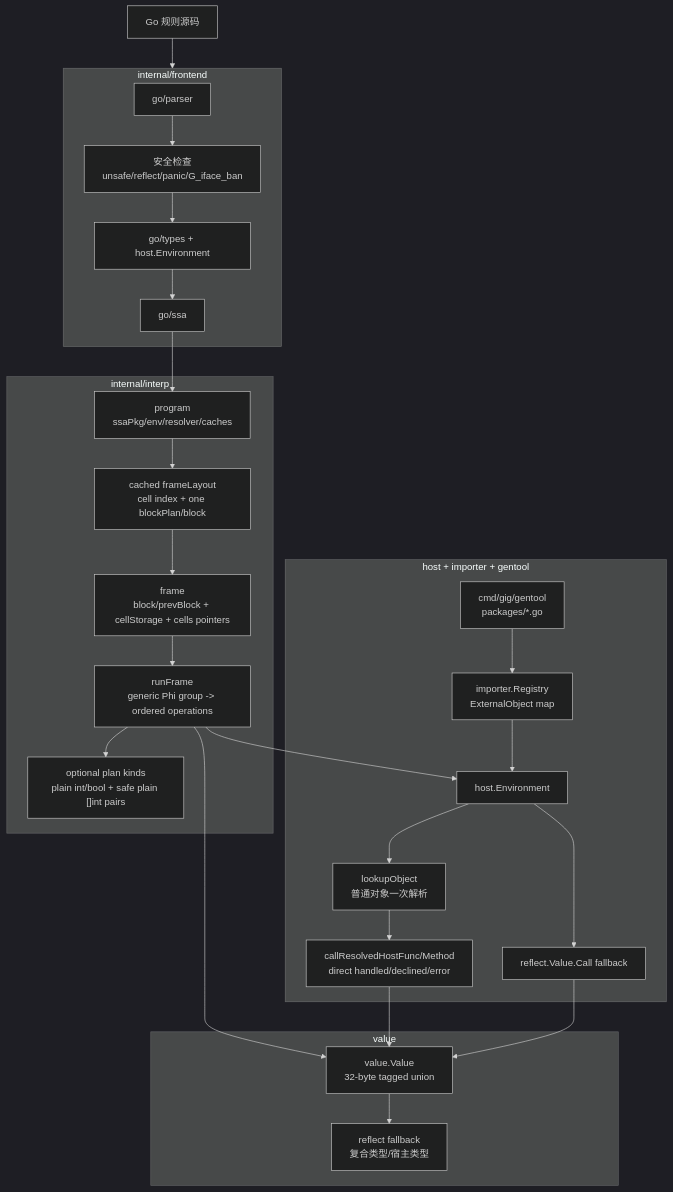
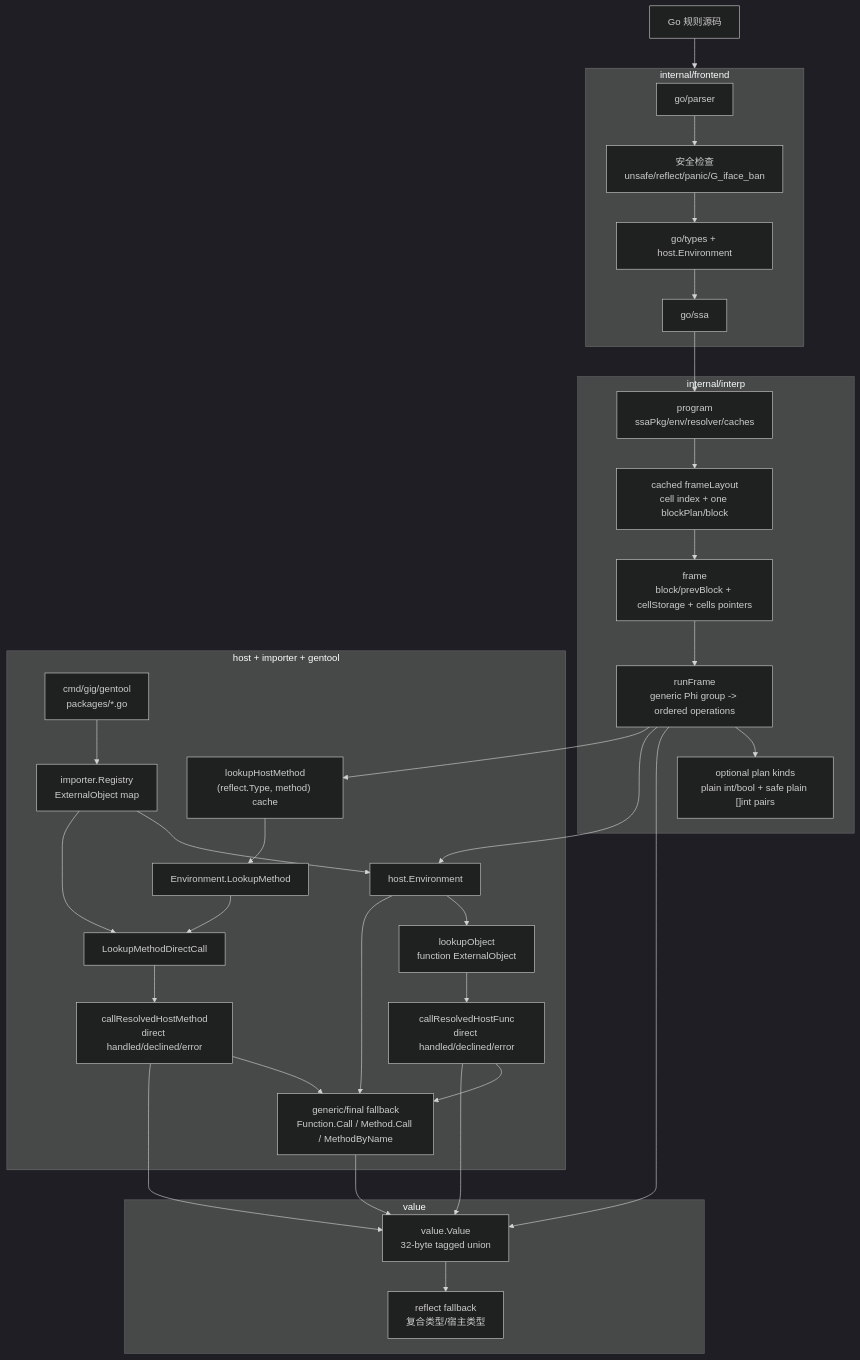
Before and after one commit to t04dJ14n9/GIG: the diagram in docs/ARCHITECTURE_CN.md, drawn with Mermaid (dark theme). The commit also changed other lines of this file and 2 other files, not shown here.

Commit message:
docs: correct host resolution flow

````diff
--- a/docs/ARCHITECTURE_CN.md
+++ b/docs/ARCHITECTURE_CN.md
@@ -26,46 +26,56 @@
 ```mermaid
 flowchart TB
     Source["Go 规则源码"] --> Frontend
 
     subgraph Frontend["internal/frontend"]
         Parse["go/parser"]
         Typecheck["go/types + host.Environment"]
         Safety["安全检查<br/>unsafe/reflect/panic/G_iface_ban"]
         SSA["go/ssa"]
         Parse --> Safety --> Typecheck --> SSA
     end
 
     subgraph Runtime["internal/interp"]
         Program["program<br/>ssaPkg/env/resolver/caches"]
         Layout["cached frameLayout<br/>cell index + one blockPlan/block"]
         Frame["frame<br/>block/prevBlock + cellStorage + cells pointers"]
         Loop["runFrame<br/>generic Phi group -> ordered operations"]
         Planned["optional plan kinds<br/>plain int/bool + safe plain []int pairs"]
         Program --> Layout --> Frame --> Loop
         Loop --> Planned
     end
 
     subgraph Values["value"]
         Tagged["value.Value<br/>32-byte tagged union"]
         Reflect["reflect fallback<br/>复合类型/宿主类型"]
         Tagged --> Reflect
     end
 
     subgraph Host["host + importer + gentool"]
         Registry["importer.Registry<br/>ExternalObject map"]
         Env["host.Environment"]
-        Lookup["lookupObject<br/>普通对象一次解析"]
+        Lookup["lookupObject<br/>function ExternalObject"]
         Gen["cmd/gig/gentool<br/>packages/*.go"]
-        Resolved["callResolvedHostFunc/Method<br/>direct handled/declined/error"]
-        Fallback["reflect.Value.Call fallback"]
+        FuncResolved["callResolvedHostFunc<br/>direct handled/declined/error"]
+        MethodCache["lookupHostMethod<br/>(reflect.Type, method) cache"]
+        MethodEnv["Environment.LookupMethod"]
+        MethodDirect["LookupMethodDirectCall"]
+        MethodResolved["callResolvedHostMethod<br/>direct handled/declined/error"]
+        Fallback["generic/final fallback<br/>Function.Call / Method.Call / MethodByName"]
         Gen --> Registry --> Env
-        Env --> Lookup --> Resolved
+        Env --> Lookup --> FuncResolved
+        MethodCache --> MethodEnv --> MethodDirect --> MethodResolved
+        Registry --> MethodDirect
         Env --> Fallback
+        FuncResolved --> Fallback
+        MethodResolved --> Fallback
     end
 
     SSA --> Program
     Loop --> Tagged
     Loop --> Env
-    Resolved --> Tagged
+    Loop --> MethodCache
+    FuncResolved --> Tagged
+    MethodResolved --> Tagged
     Fallback --> Tagged
 ```
````
